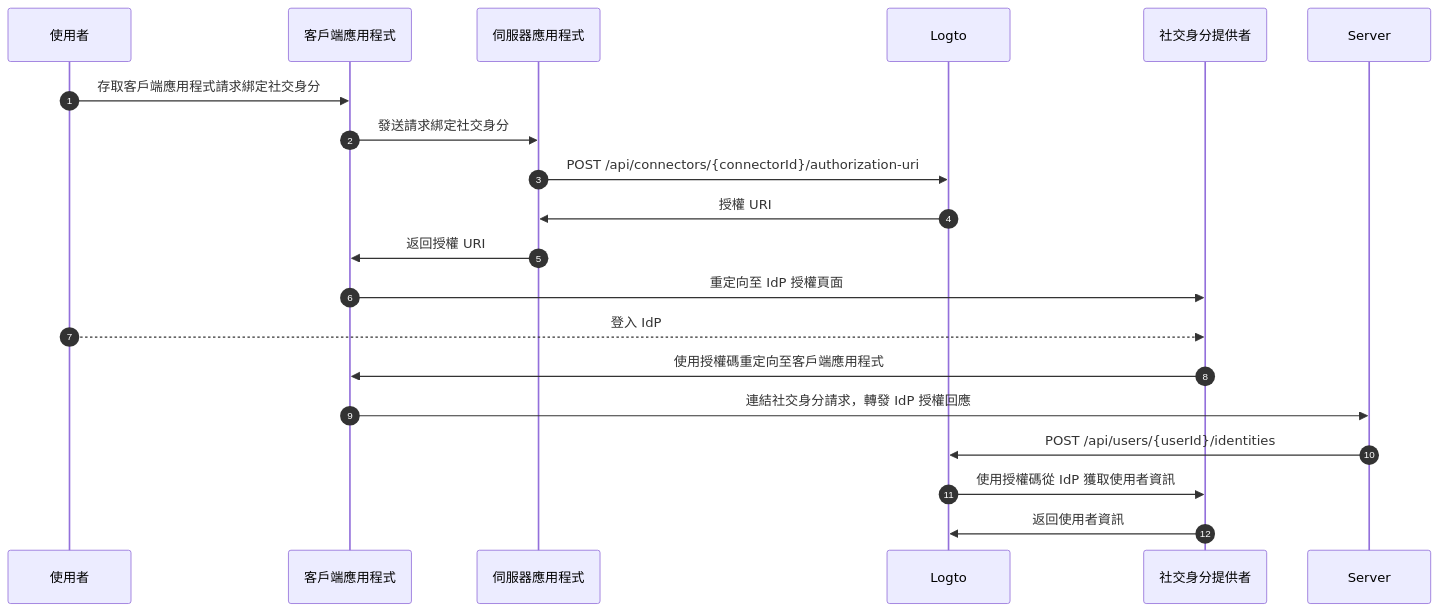
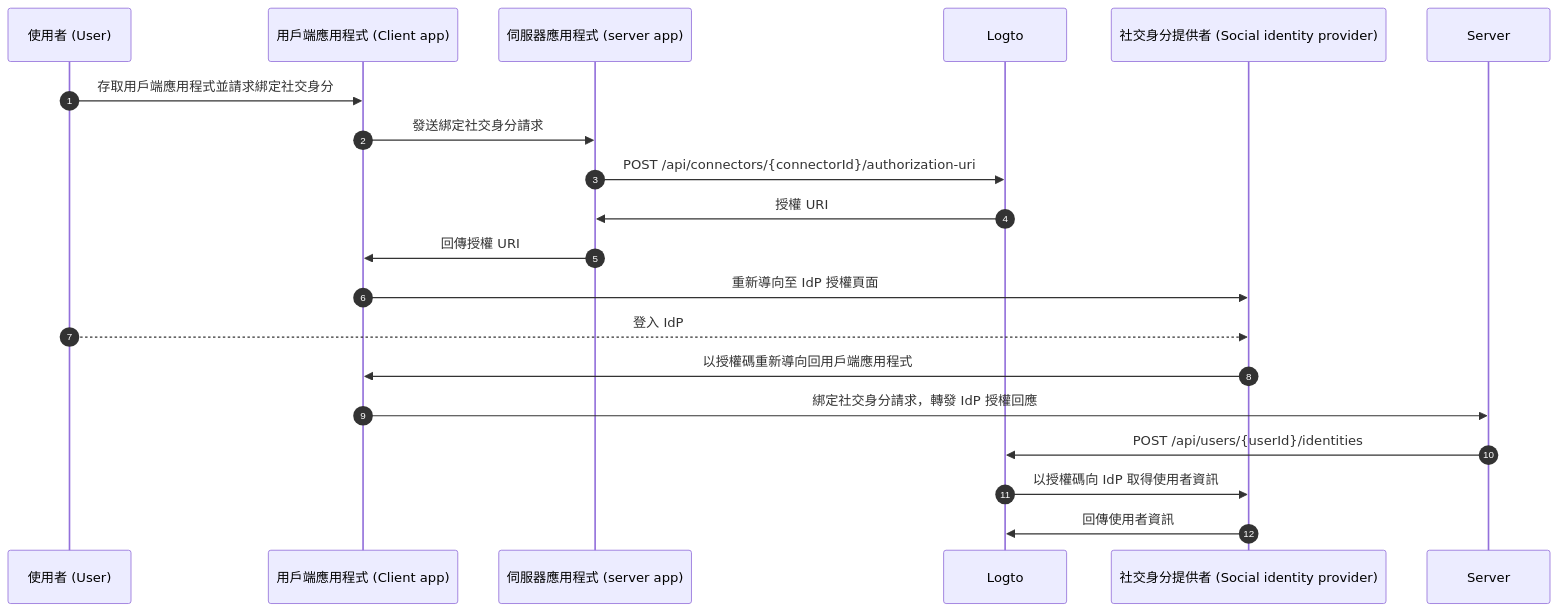
One commit to logto-io/docs changed the third of 3 diagrams in i18n/zh-TW/docusaurus-plugin-content-docs/current/end-user-flows/account-settings/by-management-api.mdx. Above: the diagram before and after it, drawn with Mermaid. The commit also changed other lines of this file and 80 other files, not shown here.

````diff
--- a/i18n/zh-TW/docusaurus-plugin-content-docs/current/end-user-flows/account-settings/by-management-api.mdx
+++ b/i18n/zh-TW/docusaurus-plugin-content-docs/current/end-user-flows/account-settings/by-management-api.mdx
@@ -120,22 +120,22 @@
 ```mermaid
 sequenceDiagram
     autoNumber
-    participant User as 使用者
-    participant Client as 客戶端應用程式
-    participant App as 伺服器應用程式
+    participant User as 使用者 (User)
+    participant Client as 用戶端應用程式 (Client app)
+    participant App as 伺服器應用程式 (server app)
     participant Logto as Logto
-    participant IdP as 社交身分提供者
+    participant IdP as 社交身分提供者 (Social identity provider)
 
-    User ->> Client: 存取客戶端應用程式請求綁定社交身分
-    Client ->> App: 發送請求綁定社交身分
+    User ->> Client: 存取用戶端應用程式並請求綁定社交身分
+    Client ->> App: 發送綁定社交身分請求
     App ->> Logto: POST /api/connectors/{connectorId}/authorization-uri
     Logto ->> App: 授權 URI
-    App ->> Client: 返回授權 URI
-    Client ->> IdP: 重定向至 IdP 授權頁面
+    App ->> Client: 回傳授權 URI
+    Client ->> IdP: 重新導向至 IdP 授權頁面
     User -->> IdP: 登入 IdP
-    IdP ->> Client: 使用授權碼重定向至客戶端應用程式
-    Client ->> Server: 連結社交身分請求，轉發 IdP 授權回應
+    IdP ->> Client: 以授權碼重新導向回用戶端應用程式
+    Client ->> Server: 綁定社交身分請求，轉發 IdP 授權回應
     Server ->> Logto: POST /api/users/{userId}/identities
-    Logto ->> IdP: 使用授權碼從 IdP 獲取使用者資訊
-    IdP ->> Logto: 返回使用者資訊
+    Logto ->> IdP: 以授權碼向 IdP 取得使用者資訊
+    IdP ->> Logto: 回傳使用者資訊
 ```
````
